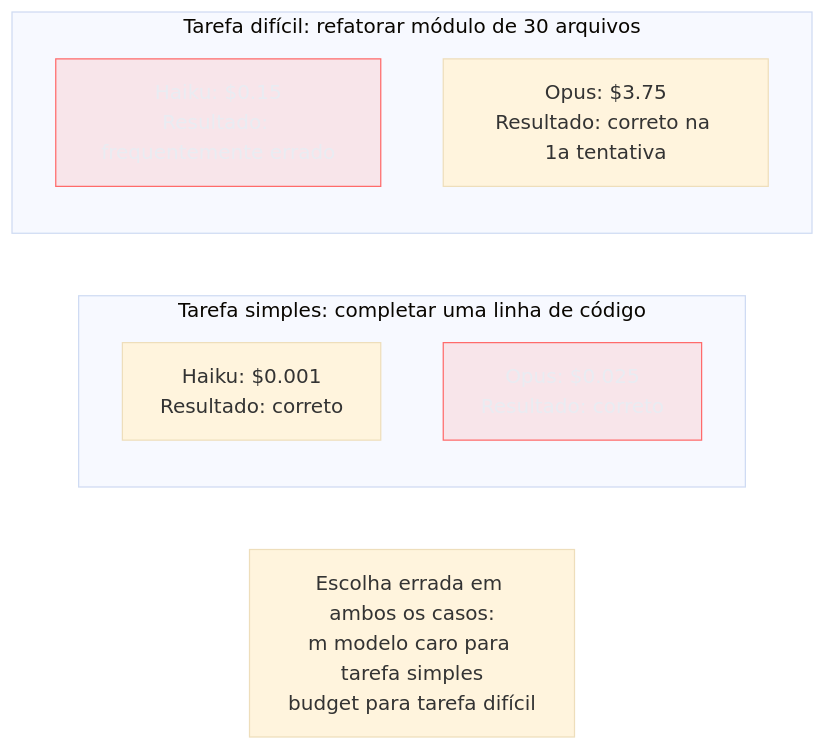
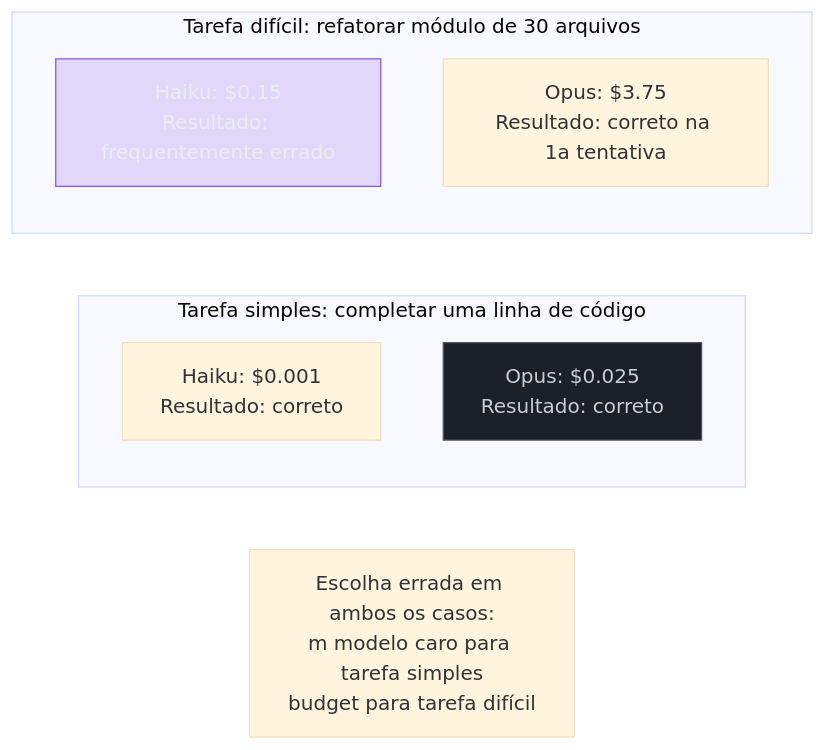
The third of 5 diagrams in 03-Dominios/Tecnologia/IA/Anatomia dos LLMs/07 - Panorama de modelos 2026.md (josenaldo/codex-technomanticus), drawn with Mermaid (base theme) before and after one commit. The commit also changed 601 other files, not shown here.

````diff
--- a/03-Dominios/Tecnologia/IA/Anatomia dos LLMs/07 - Panorama de modelos 2026.md
+++ b/03-Dominios/Tecnologia/IA/Anatomia dos LLMs/07 - Panorama de modelos 2026.md
@@ -123,15 +123,16 @@
 ```mermaid
 graph LR
-    classDef falha fill:#FF6B6B24,stroke:#FF6B6B,color:#E9ECF2
+    classDef marca fill:#8855DF33,stroke:#8855DF,color:#E9ECF2
+    classDef neutro fill:#1B2029,stroke:#4E5666,color:#C6CCD8
     subgraph "Tarefa simples: completar uma linha de código"
         S1["Haiku: $0.001\nResultado: correto"]
         S2["Opus: $0.025\nResultado: correto"]
     end
     subgraph "Tarefa difícil: refatorar módulo de 30 arquivos"
         H1["Haiku: $0.15\nResultado: frequentemente errado"]
         H2["Opus: $3.75\nResultado: correto na 1a tentativa"]
     end
-    class S2 falha
-    class H1 falha
+    class S2 neutro
+    class H1 marca
     note["Escolha errada em ambos os casos:\nm modelo caro para tarefa simples\nbudget para tarefa difícil"]
 ```
````
